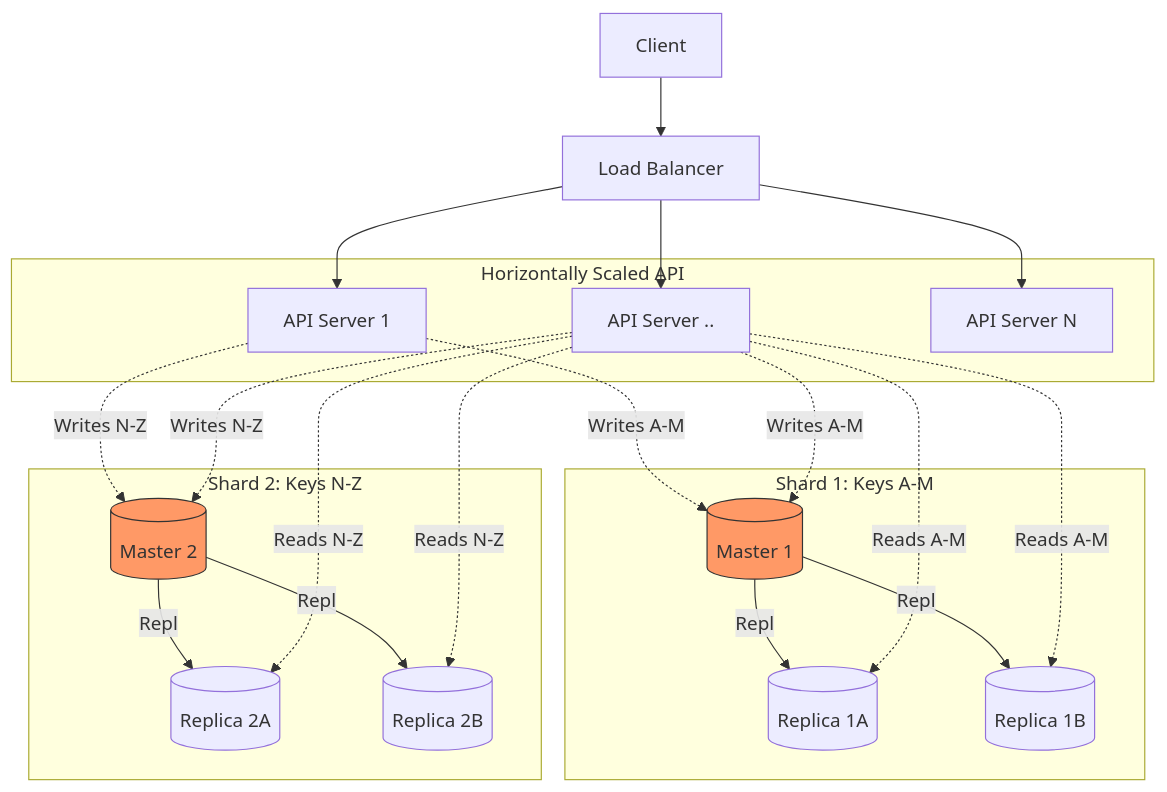
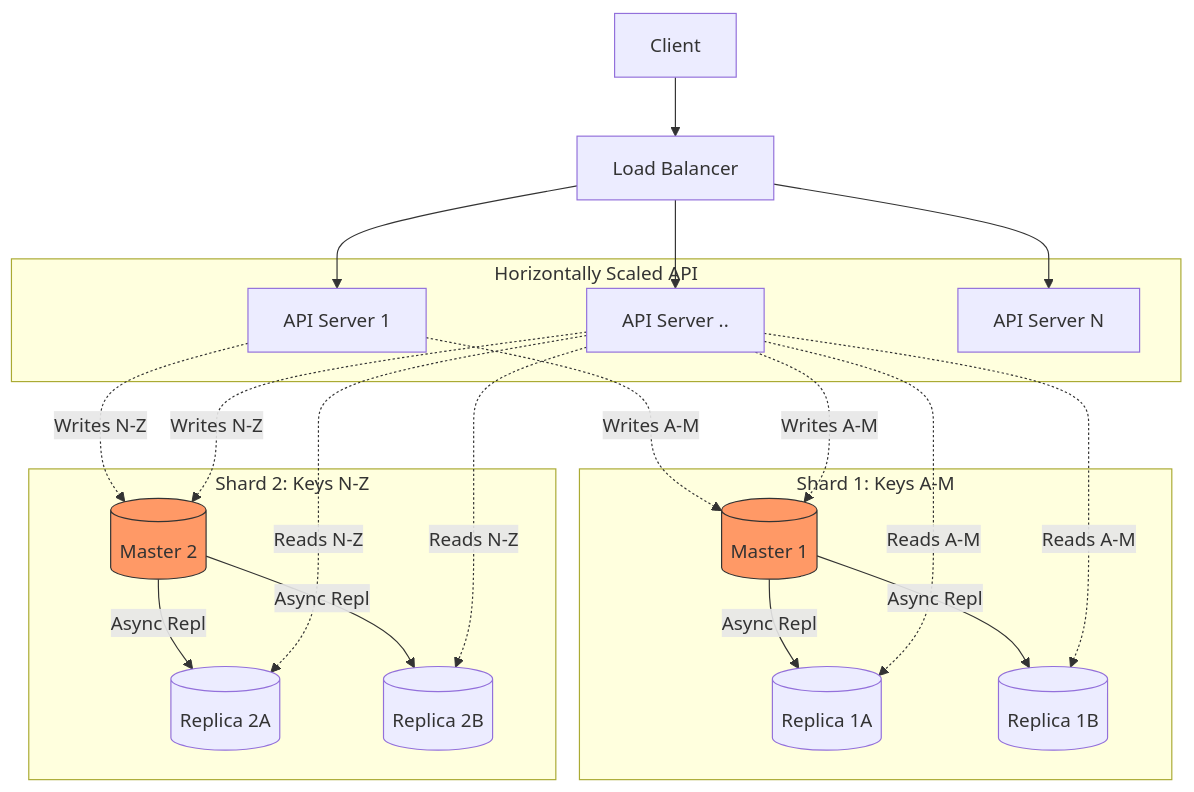
One commit to arathod02/docs changed the fourth of 4 diagrams in docs/blog/distributed-key-value-store.md. Above: the diagram before and after it, drawn with Mermaid.

Commit message:
feat: add distributed key value store

````diff
--- a/docs/blog/distributed-key-value-store.md
+++ b/docs/blog/distributed-key-value-store.md
@@ -241,33 +241,33 @@
 ```mermaid
 flowchart TD
     Client --> LB["Load Balancer"]
     
     subgraph API_Layer ["Horizontally Scaled API"]
         API1["API Server 1"]
         API2["API Server .."]
         API3["API Server N"]
     end
 
     LB --> API1 & API2 & API3
     
     subgraph Shard_1 ["Shard 1: Keys A-M"]
-        M1[("Master 1")] -- Repl --> R1a[("Replica 1A")]
-        M1 -- Repl --> R1b[("Replica 1B")]
+        M1[("Master 1")] -- Async Repl --> R1a[("Replica 1A")]
+        M1 -- Async Repl --> R1b[("Replica 1B")]
     end
     
     subgraph Shard_2 ["Shard 2: Keys N-Z"]
-        M2[("Master 2")] -- Repl --> R2a[("Replica 2A")]
-        M2 -- Repl --> R2b[("Replica 2B")]
+        M2[("Master 2")] -- Async Repl --> R2a[("Replica 2A")]
+        M2 -- Async Repl --> R2b[("Replica 2B")]
     end
     
     %% Routing connections
     API1 & API2 -.->|"Writes A-M"| M1
     API1 & API2 -.->|"Writes N-Z"| M2
     
     %% Read connections (Simplified)
     API2 -.->|"Reads A-M"| R1a & R1b
     API2 -.->|"Reads N-Z"| R2a & R2b
 
     style M1 fill:#f96,stroke:#333
     style M2 fill:#f96,stroke:#333
 ```
````
